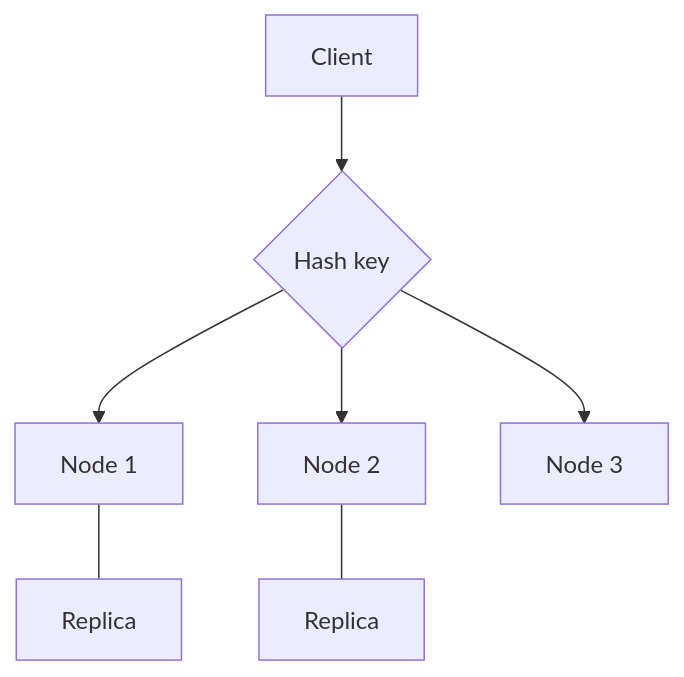
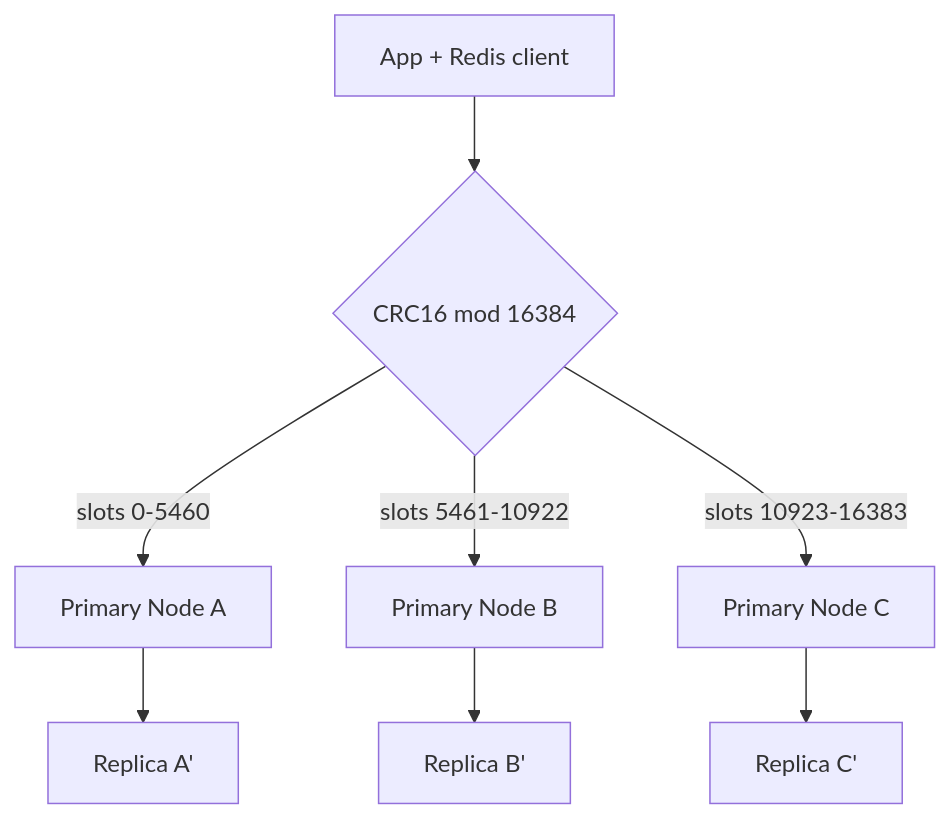
The ninth of 19 diagrams in 03-caching/README.md (hareramcse/SystemDesign), drawn with Mermaid before and after one commit. The commit also changed other lines of this file and 14 other files, not shown here.

````diff
--- a/03-caching/README.md
+++ b/03-caching/README.md
@@ -465,9 +544,10 @@
 ```mermaid
 flowchart TB
-    Client --> Router{Hash key}
-    Router --> N1[Node 1]
-    Router --> N2[Node 2]
-    Router --> N3[Node 3]
-    N1 --- R1[Replica]
-    N2 --- R2[Replica]
+    Client[App + Redis client] --> Slot{CRC16 mod 16384}
+    Slot -->|slots 0-5460| N1[Primary Node A]
+    Slot -->|slots 5461-10922| N2[Primary Node B]
+    Slot -->|slots 10923-16383| N3[Primary Node C]
+    N1 --> R1[Replica A']
+    N2 --> R2[Replica B']
+    N3 --> R3[Replica C']
 ```
````
